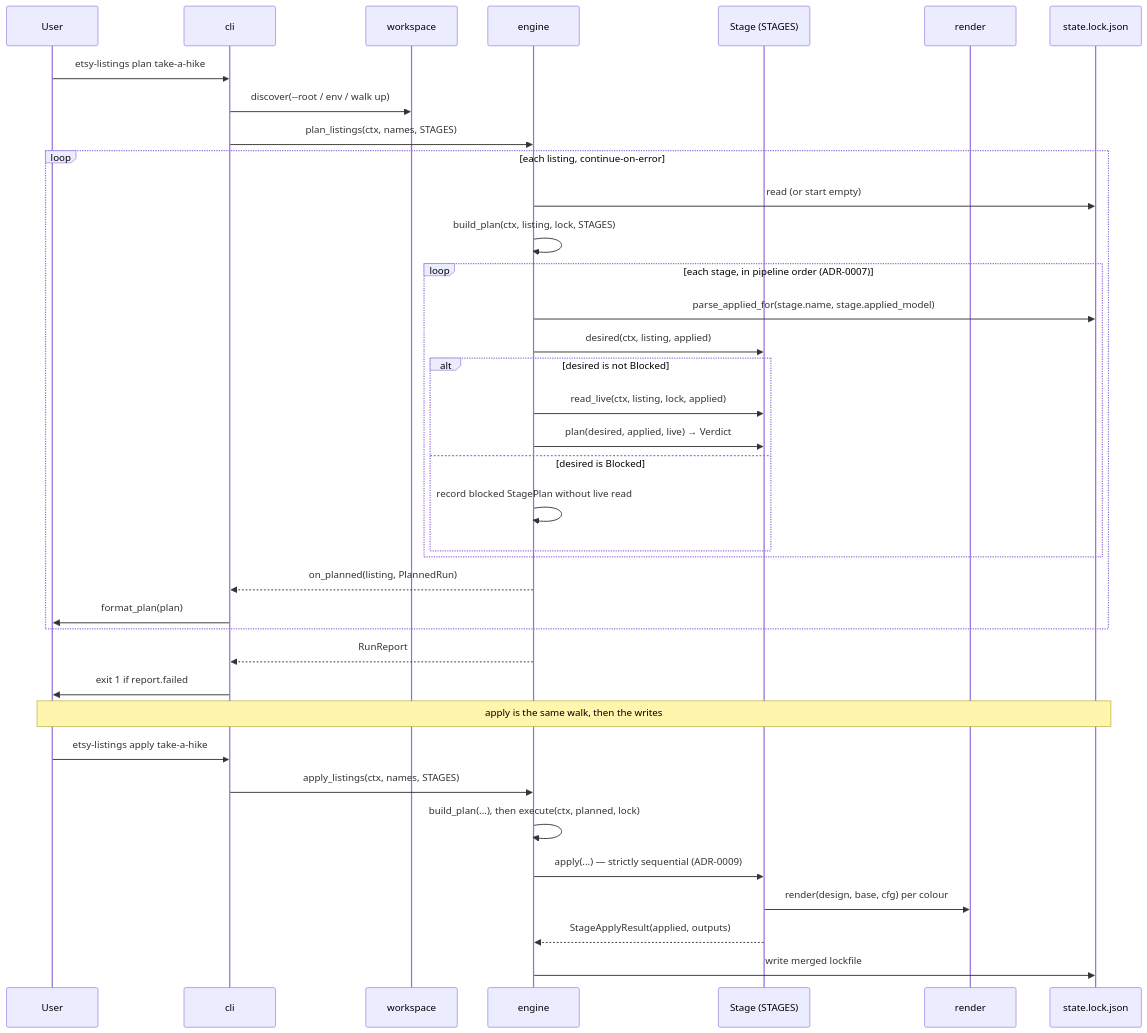
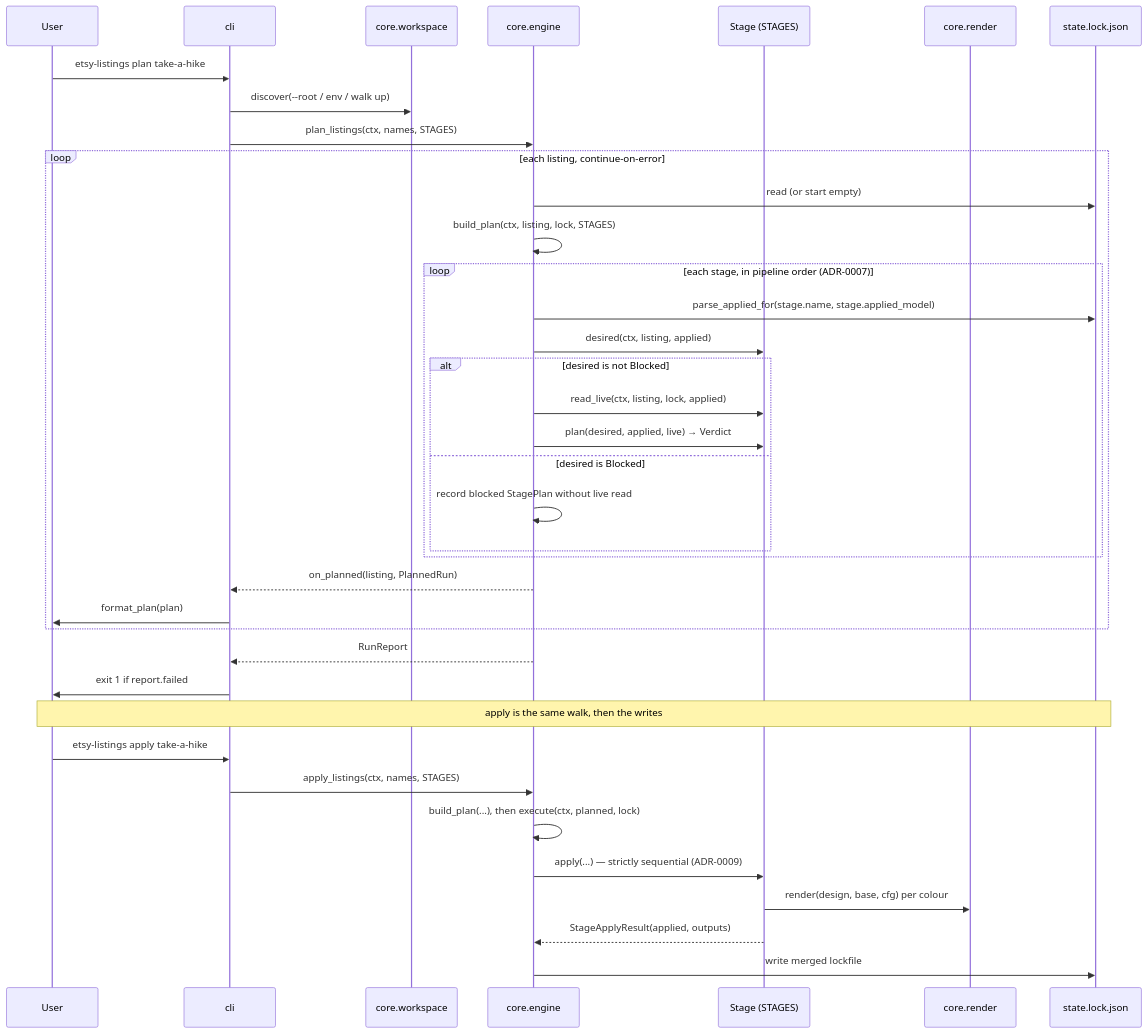
Before and after one commit to eli-jordan/etsy-listing-automation: the second of 5 diagrams in docs/architecture.md, drawn with Mermaid. The commit also changed other lines of this file, not shown here.

First line of the commit message:
docs(architecture): describe the implemented core, server and cli tree

````diff
--- a/docs/architecture.md
+++ b/docs/architecture.md
@@ -127,45 +144,45 @@
 ```mermaid
 sequenceDiagram
     participant User
     participant CLI as cli
-    participant WS as workspace
-    participant Engine as engine
+    participant WS as core.workspace
+    participant Engine as core.engine
     participant Stage as Stage (STAGES)
-    participant Render as render
+    participant Render as core.render
     participant Lock as state.lock.json
 
     User->>CLI: etsy-listings plan take-a-hike
     CLI->>WS: discover(--root / env / walk up)
     CLI->>Engine: plan_listings(ctx, names, STAGES)
 
     loop each listing, continue-on-error
         Engine->>Lock: read (or start empty)
         Engine->>Engine: build_plan(ctx, listing, lock, STAGES)
 
         loop each stage, in pipeline order (ADR-0007)
             Engine->>Lock: parse_applied_for(stage.name, stage.applied_model)
             Engine->>Stage: desired(ctx, listing, applied)
             alt desired is not Blocked
                 Engine->>Stage: read_live(ctx, listing, lock, applied)
                 Engine->>Stage: plan(desired, applied, live) → Verdict
             else desired is Blocked
                 Engine->>Engine: record blocked StagePlan without live read
             end
         end
 
         Engine-->>CLI: on_planned(listing, PlannedRun)
         CLI->>User: format_plan(plan)
     end
 
     Engine-->>CLI: RunReport
     CLI->>User: exit 1 if report.failed
 
     Note over User,Lock: apply is the same walk, then the writes
     User->>CLI: etsy-listings apply take-a-hike
     CLI->>Engine: apply_listings(ctx, names, STAGES)
     Engine->>Engine: build_plan(...), then execute(ctx, planned, lock)
     Engine->>Stage: apply(...) — strictly sequential (ADR-0009)
     Stage->>Render: render(design, base, cfg) per colour
     Stage-->>Engine: StageApplyResult(applied, outputs)
     Engine->>Lock: write merged lockfile
 ```
````
